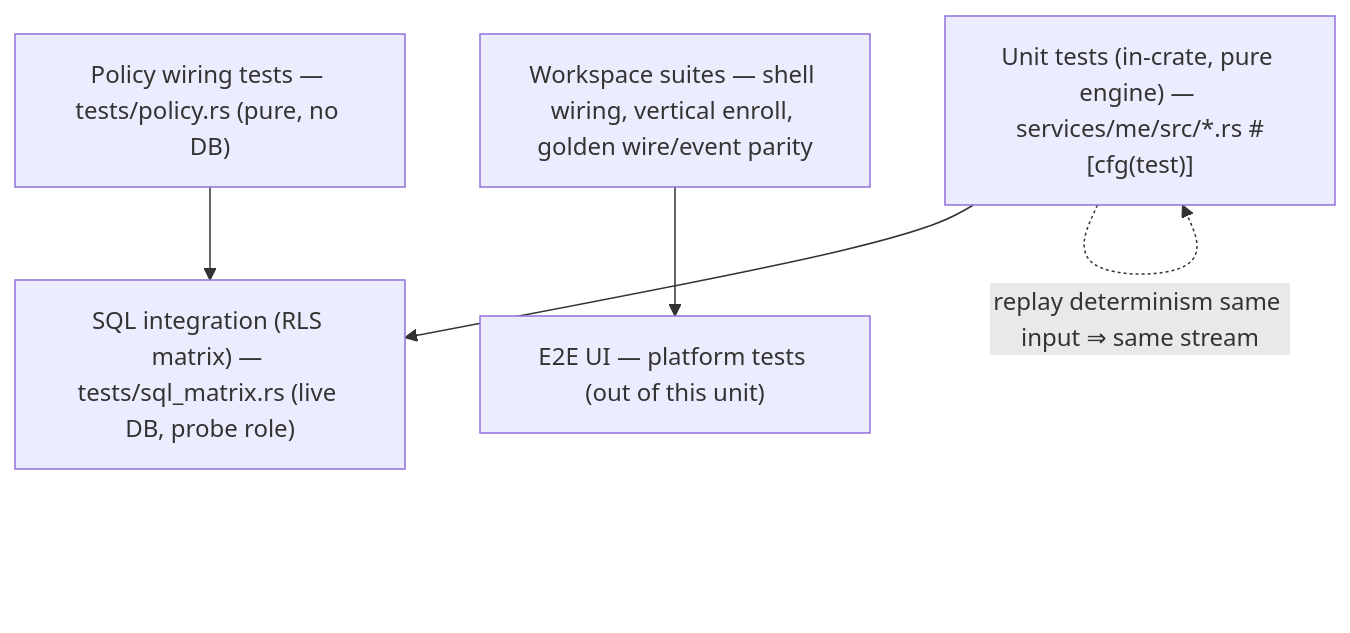
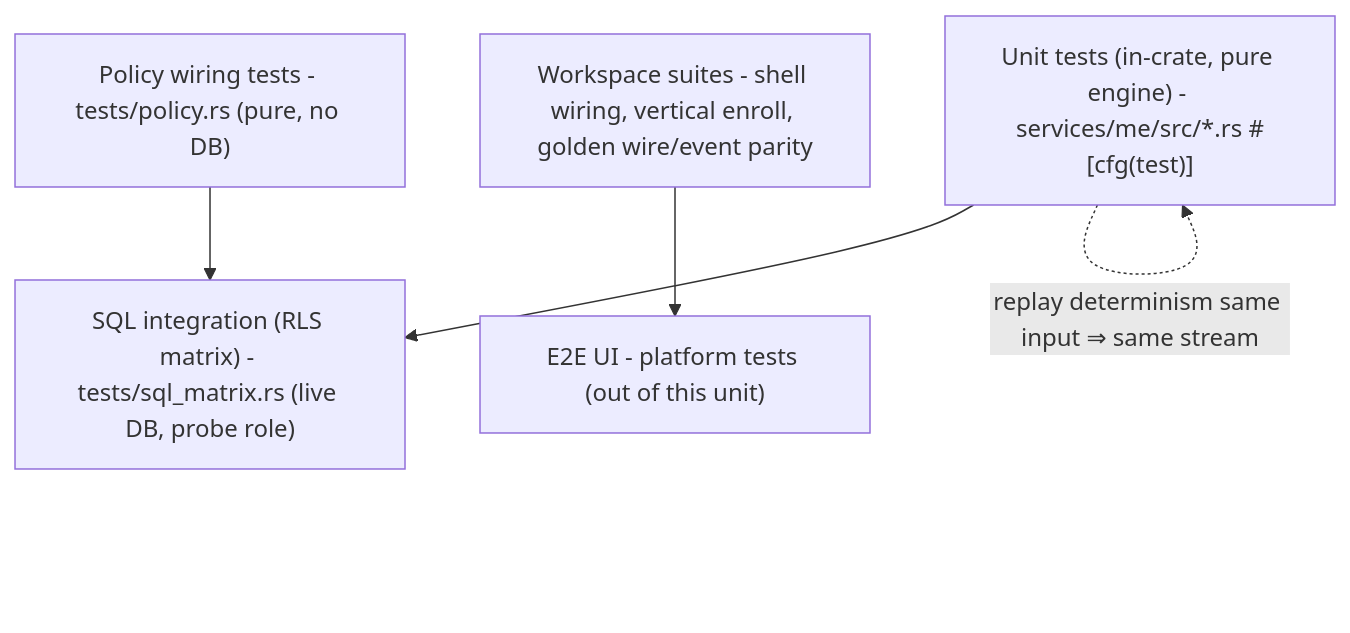
One commit to Exchange8-dev/exchange8-me changed diagram 15 of 15 in DESIGN.md. Above: the diagram before and after it, drawn with Mermaid. The commit also changed other lines of this file and 21 other files, not shown here.

````diff
--- a/DESIGN.md
+++ b/DESIGN.md
@@ -664,12 +664,12 @@
 ```mermaid
 graph TD
-    U["Unit tests (in-crate, pure engine) — services/me/src/*.rs #[cfg(test)]"]
-    P["Policy wiring tests — tests/policy.rs (pure, no DB)"]
-    S["SQL integration (RLS matrix) — tests/sql_matrix.rs (live DB, probe role)"]
-    G["Workspace suites — shell wiring, vertical enroll, golden wire/event parity"]
-    E2EUI["E2E UI — platform tests (out of this unit)"]
+    U["Unit tests (in-crate, pure engine) - services/me/src/*.rs #[cfg(test)]"]
+    P["Policy wiring tests - tests/policy.rs (pure, no DB)"]
+    S["SQL integration (RLS matrix) - tests/sql_matrix.rs (live DB, probe role)"]
+    G["Workspace suites - shell wiring, vertical enroll, golden wire/event parity"]
+    E2EUI["E2E UI - platform tests (out of this unit)"]
     U --> S
     P --> S
     G --> E2EUI
     U -.->|"replay determinism same input ⇒ same stream"| U
 ```
````
